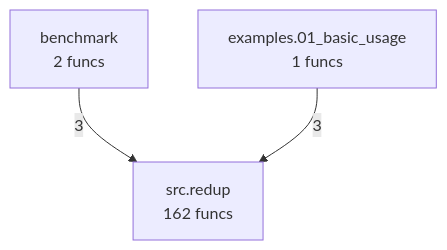
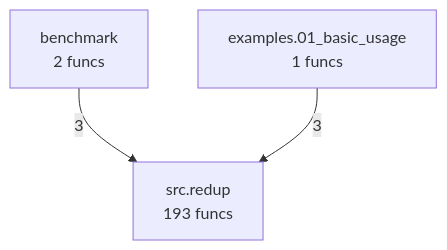
The diagram in project/compact_flow.mmd (semcod/redup), drawn with Mermaid before and after one commit. The commit also changed 37 other files, not shown here.

```diff
--- a/project/compact_flow.mmd
+++ b/project/compact_flow.mmd
@@ -1,6 +1,6 @@
 flowchart TD
     benchmark["benchmark<br/>2 funcs"]
     examples_01_basic_usage["examples.01_basic_usage<br/>1 funcs"]
-    src_redup["src.redup<br/>162 funcs"]
+    src_redup["src.redup<br/>193 funcs"]
     benchmark -->|3| src_redup
     examples_01_basic_usage -->|3| src_redup
```
